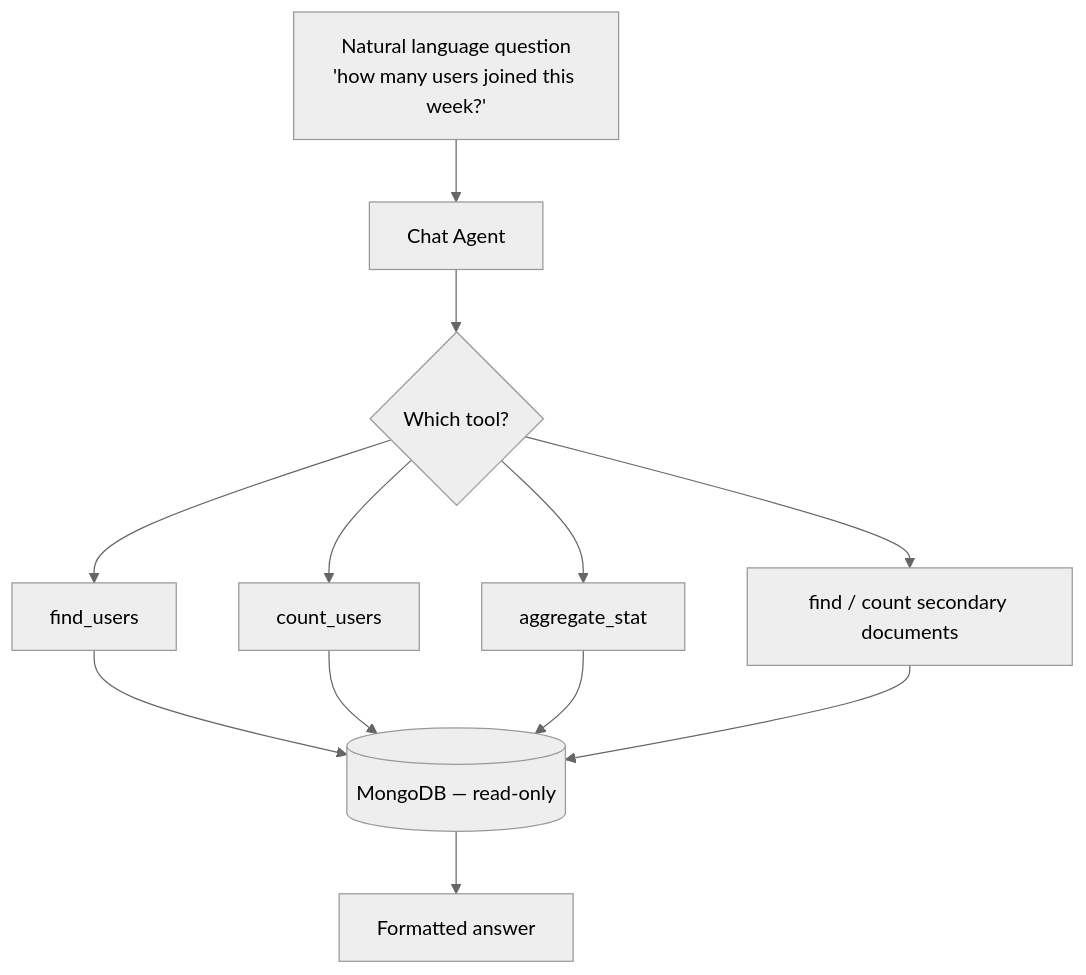
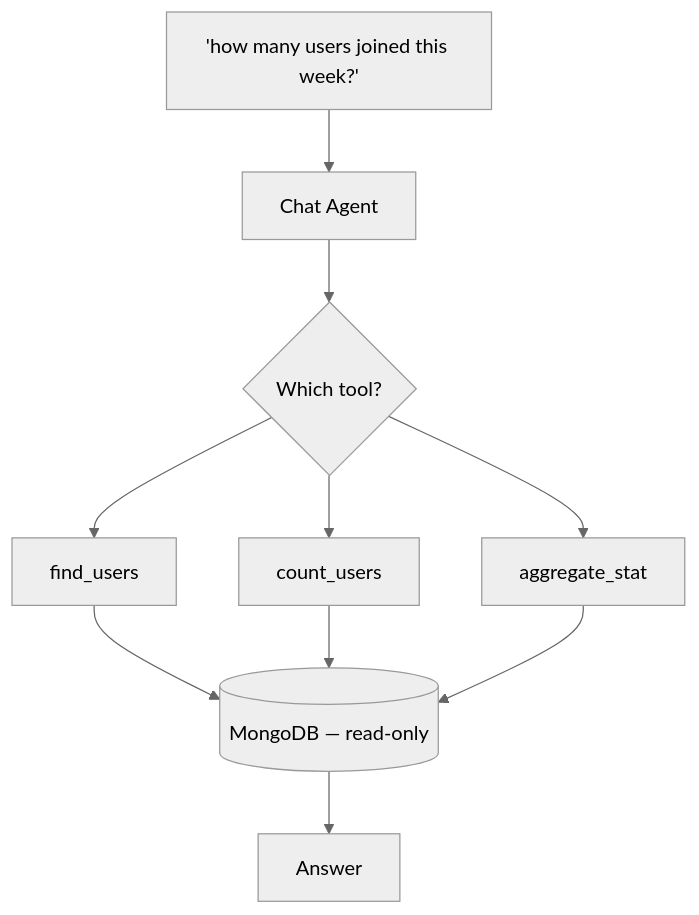
One commit to itslokeshx/Lookout changed the third of 3 diagrams in README.md. Above: the diagram before and after it, drawn with Mermaid (neutral theme). The commit also changed other lines of this file, not shown here.

````diff
--- a/README.md
+++ b/README.md
@@ -151,14 +100,12 @@
 ```mermaid
 flowchart TD
-    A["Natural language question<br/>'how many users joined this week?'"] --> B["Chat Agent"]
+    A["'how many users joined this week?'"] --> B["Chat Agent"]
     B --> C{"Which tool?"}
     C --> D["find_users"]
     C --> E["count_users"]
     C --> F["aggregate_stat"]
-    C --> G["find / count secondary documents"]
     D --> H[("MongoDB — read-only")]
     E --> H
     F --> H
-    G --> H
-    H --> I["Formatted answer"]
+    H --> I["Answer"]
 ```
````
